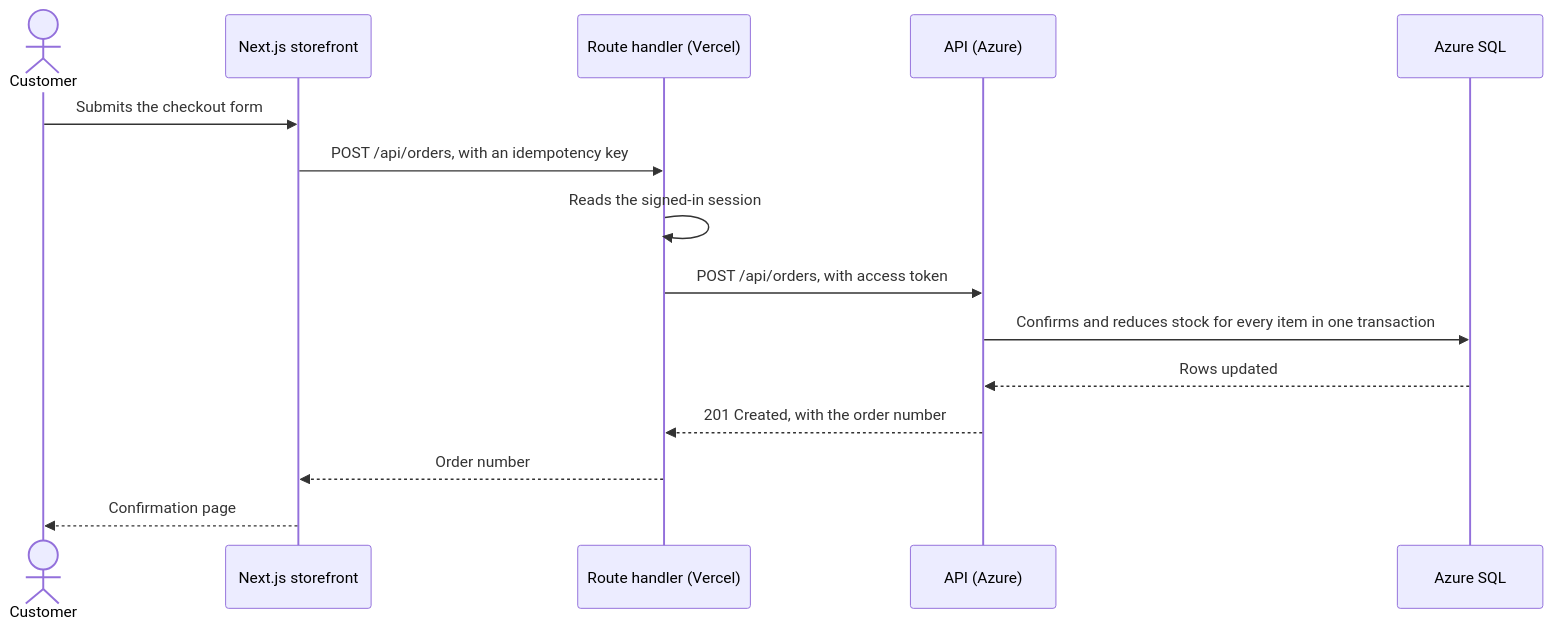
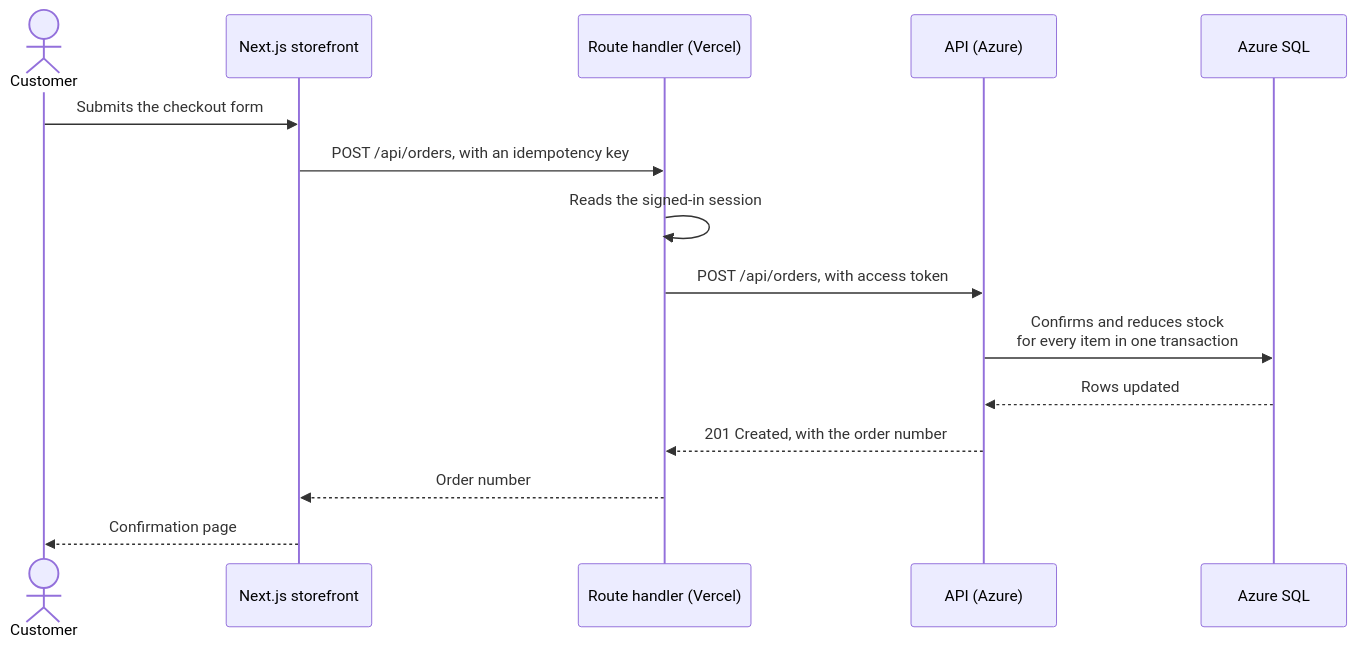
Before and after one commit to chris-mech/halcyon-records: the second of 2 diagrams in README.md, drawn with Mermaid. The commit also changed other lines of this file, not shown here.

Commit message:
docs(repo): pad the README diagrams clear of GitHub's diagram controls

````diff
--- a/README.md
+++ b/README.md
@@ -265,18 +270,23 @@
 ```mermaid
+---
+config:
+  sequence:
+    diagramMarginX: 330
+---
 sequenceDiagram
     actor Customer
     participant Storefront as Next.js storefront
     participant Handler as Route handler (Vercel)
     participant API as API (Azure)
     participant DB as Azure SQL
 
     Customer->>Storefront: Submits the checkout form
     Storefront->>Handler: POST /api/orders, with an idempotency key
     Handler->>Handler: Reads the signed-in session
     Handler->>API: POST /api/orders, with access token
-    API->>DB: Confirms and reduces stock for every item in one transaction
+    API->>DB: Confirms and reduces stock<br/>for every item in one transaction
     DB-->>API: Rows updated
     API-->>Handler: 201 Created, with the order number
     Handler-->>Storefront: Order number
     Storefront-->>Customer: Confirmation page
 ```
````
